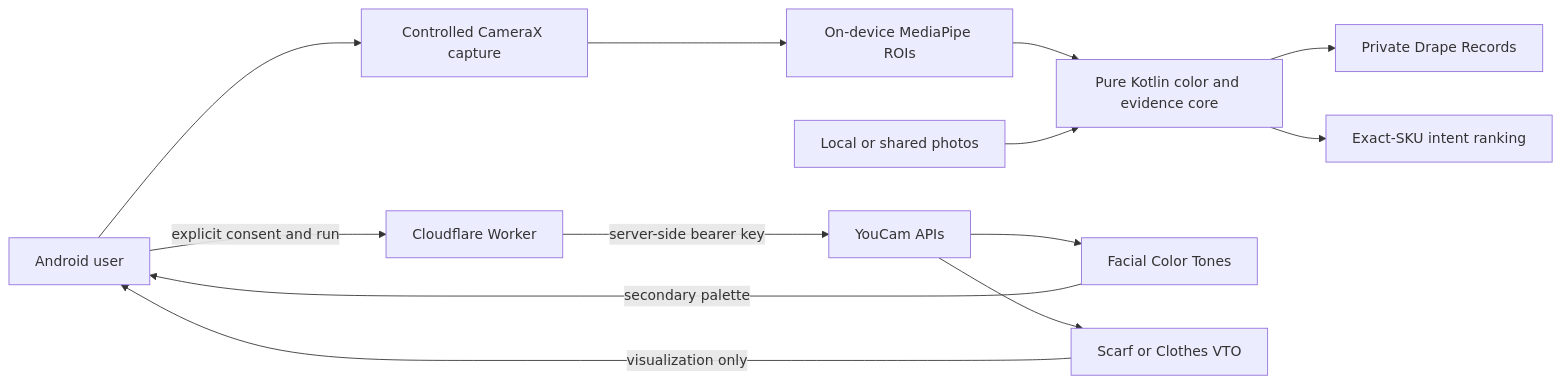
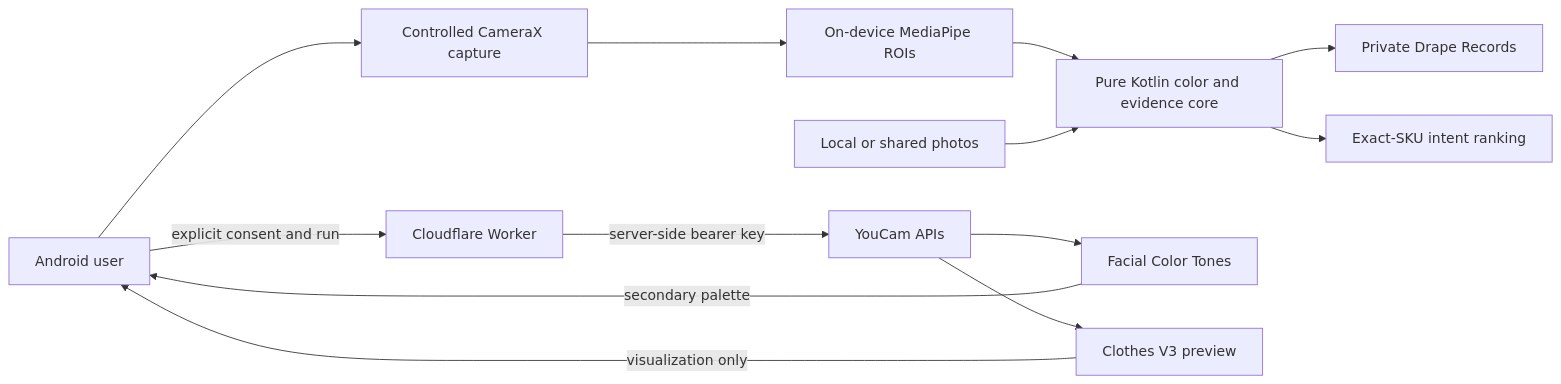
The diagram in README.md (abhayzangir1/DrapeIt), drawn with Mermaid before and after one commit. The commit also changed other lines of this file and 21 other files, not shown here.

````diff
--- a/README.md
+++ b/README.md
@@ -40,15 +40,15 @@
 ```mermaid
 flowchart LR
     U["Android user"] --> C["Controlled CameraX capture"]
     C --> M["On-device MediaPipe ROIs"]
     M --> K["Pure Kotlin color and evidence core"]
     P["Local or shared photos"] --> K
     K --> R["Private Drape Records"]
     K --> G["Exact-SKU intent ranking"]
     U -->|"explicit consent and run"| W["Cloudflare Worker"]
     W -->|"server-side bearer key"| Y["YouCam APIs"]
     Y --> F["Facial Color Tones"]
-    Y --> V["Scarf or Clothes VTO"]
+    Y --> V["Clothes V3 preview"]
     F -->|"secondary palette"| U
     V -->|"visualization only"| U
 ```
````
